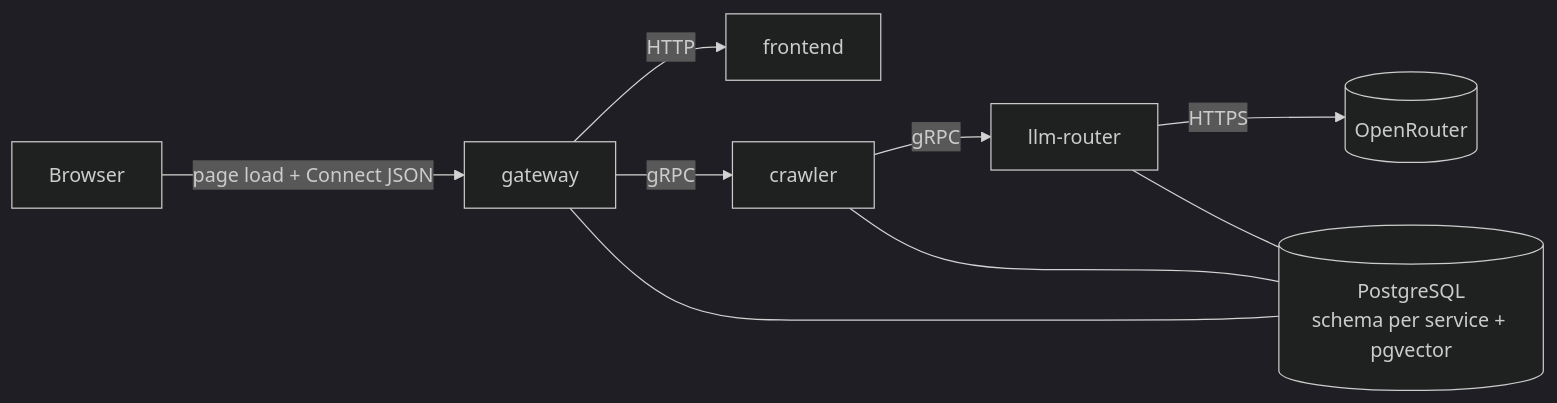
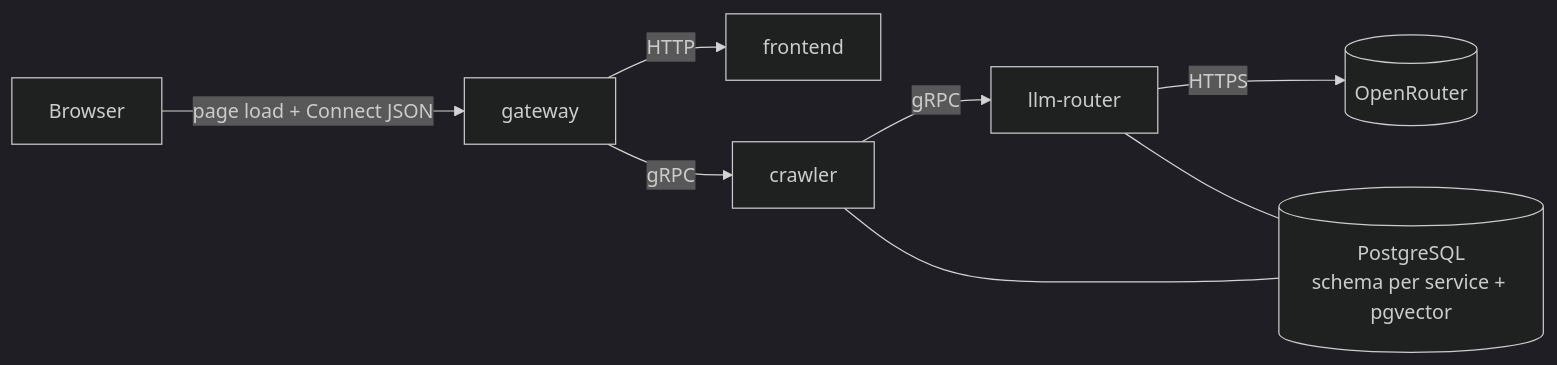
One commit to er-zhi/ai-engineering-boilerplate changed the diagram in README.md. Above: the diagram before and after it, drawn with Mermaid (dark theme). The commit also changed other lines of this file and 41 other files, not shown here.

````diff
--- a/README.md
+++ b/README.md
@@ -26,11 +26,10 @@
 ```mermaid
 flowchart LR
   browser["Browser"] -->|"page load + Connect JSON"| gateway
   gateway -->|HTTP| frontend
   gateway -->|gRPC| crawler
   crawler -->|gRPC| llm["llm-router"]
   llm -->|HTTPS| openrouter[("OpenRouter")]
-  gateway --- pg[("PostgreSQL<br/>schema per service + pgvector")]
-  crawler --- pg
+  crawler --- pg[("PostgreSQL<br/>schema per service + pgvector")]
   llm --- pg
 ```
````
